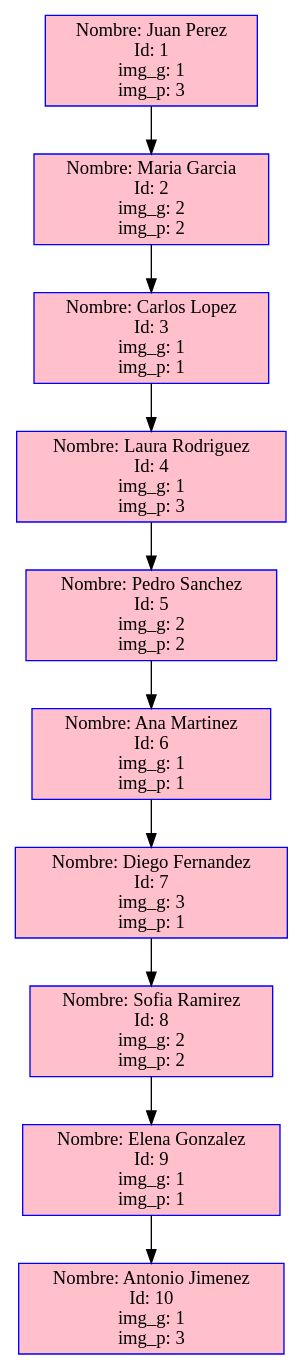
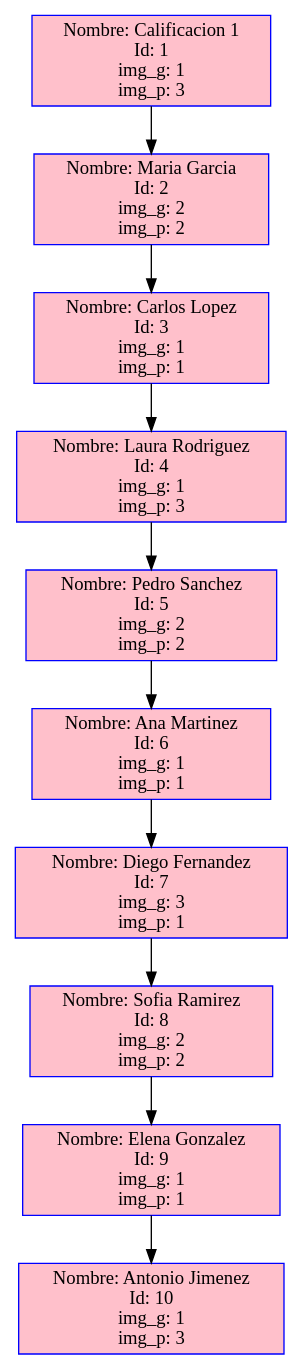
One commit to Samashoas/EDD_PROYECTO_202109705 changed the diagram in EDD_F1/cola.dot. Above: the diagram before and after it, drawn with Graphviz. The commit also changed 4 other files, not shown here.

```diff
--- a/EDD_F1/cola.dot
+++ b/EDD_F1/cola.dot
@@ -1,22 +1,22 @@
  digraph Queue {
      node [shape=box, style=filled, color=blue, fillcolor=pink];
-    "Node1" [label="Nombre: Juan Perez\nId: 1\nimg_g: 1\nimg_p: 3"];
+    "Node1" [label="Nombre: Calificacion 1\nId: 1\nimg_g: 1\nimg_p: 3"];
     "Node1" -> "Node2";
     "Node2" [label="Nombre: Maria Garcia\nId: 2\nimg_g: 2\nimg_p: 2"];
     "Node2" -> "Node3";
     "Node3" [label="Nombre: Carlos Lopez\nId: 3\nimg_g: 1\nimg_p: 1"];
     "Node3" -> "Node4";
     "Node4" [label="Nombre: Laura Rodriguez\nId: 4\nimg_g: 1\nimg_p: 3"];
     "Node4" -> "Node5";
     "Node5" [label="Nombre: Pedro Sanchez\nId: 5\nimg_g: 2\nimg_p: 2"];
     "Node5" -> "Node6";
     "Node6" [label="Nombre: Ana Martinez\nId: 6\nimg_g: 1\nimg_p: 1"];
     "Node6" -> "Node7";
     "Node7" [label="Nombre: Diego Fernandez\nId: 7\nimg_g: 3\nimg_p: 1"];
     "Node7" -> "Node8";
     "Node8" [label="Nombre: Sofia Ramirez\nId: 8\nimg_g: 2\nimg_p: 2"];
     "Node8" -> "Node9";
     "Node9" [label="Nombre: Elena Gonzalez\nId: 9\nimg_g: 1\nimg_p: 1"];
     "Node9" -> "Node10";
     "Node10" [label="Nombre: Antonio Jimenez\nId: 10\nimg_g: 1\nimg_p: 3"];
  }
```
